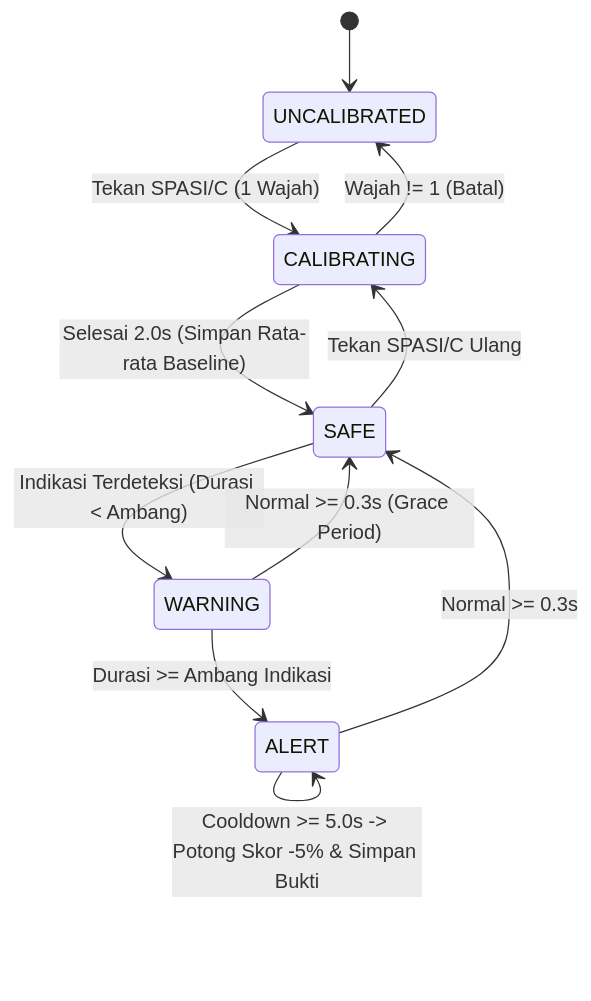
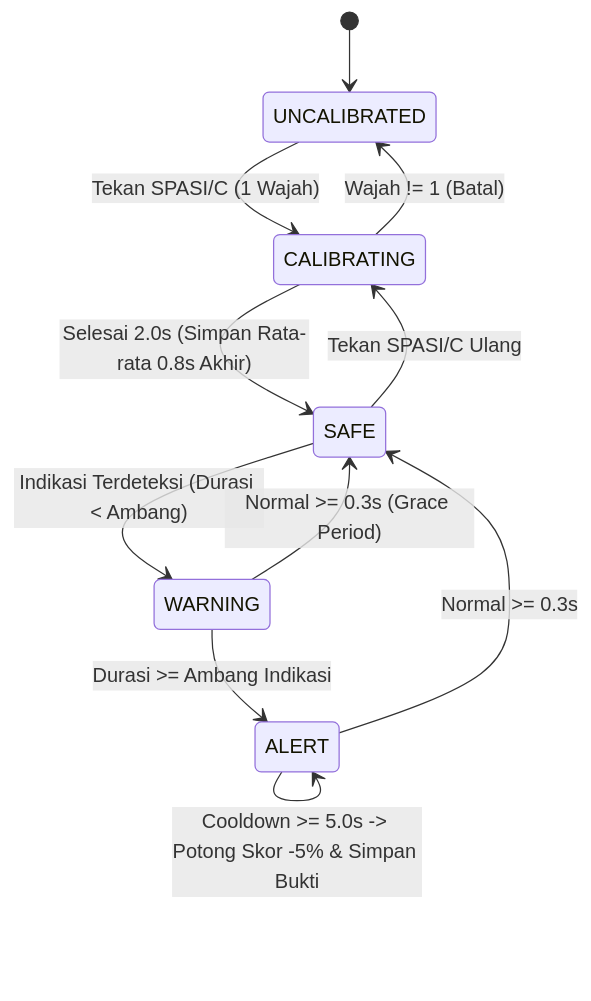
Before and after one commit to khadafimuhammadnawwar/sistem-deteksi-kecurangan-ujian-online: the second of 2 diagrams in ARCHITECTURE.md, drawn with Mermaid. The commit also changed other lines of this file and 4 other files, not shown here.

Commit message:
docs: consolidate AI engineering docs into AGENTS.md and ARCHITECTURE.md (KISS & DRY)

````diff
--- a/ARCHITECTURE.md
+++ b/ARCHITECTURE.md
@@ -65,13 +64,13 @@
 ```mermaid
 stateDiagram-v2
     [*] --> UNCALIBRATED
     UNCALIBRATED --> CALIBRATING: Tekan SPASI/C (1 Wajah)
     CALIBRATING --> UNCALIBRATED: Wajah != 1 (Batal)
-    CALIBRATING --> SAFE: Selesai 2.0s (Simpan Rata-rata Baseline)
+    CALIBRATING --> SAFE: Selesai 2.0s (Simpan Rata-rata 0.8s Akhir)
     SAFE --> CALIBRATING: Tekan SPASI/C Ulang
     SAFE --> WARNING: Indikasi Terdeteksi (Durasi < Ambang)
     WARNING --> SAFE: Normal >= 0.3s (Grace Period)
     WARNING --> ALERT: Durasi >= Ambang Indikasi
     ALERT --> SAFE: Normal >= 0.3s
     ALERT --> ALERT: Cooldown >= 5.0s -> Potong Skor -5% & Simpan Bukti
 ```
````
